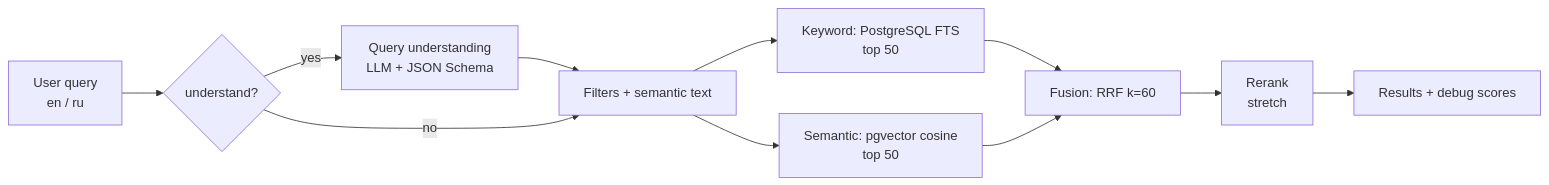
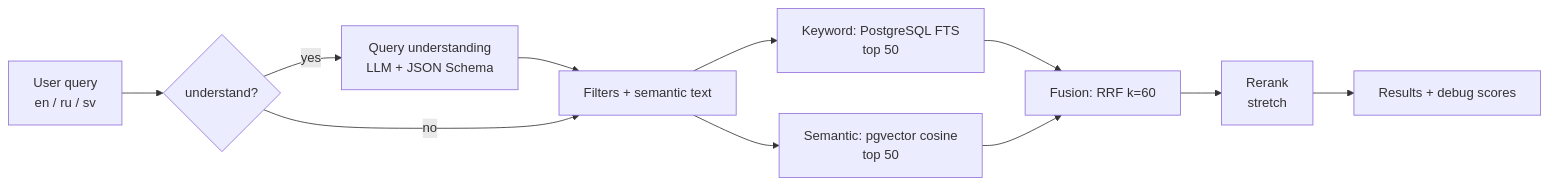
The diagram in docs/spec/05-search.md (gray0072/ai-rag-film-search), drawn with Mermaid before and after one commit. The commit also changed other lines of this file and 67 other files, not shown here.

````diff
--- a/docs/spec/05-search.md
+++ b/docs/spec/05-search.md
@@ -7,13 +7,13 @@
 ```mermaid
 flowchart LR
-    Q[User query<br/>en / ru] --> QU{understand?}
+    Q[User query<br/>en / ru / sv] --> QU{understand?}
     QU -- yes --> LLM[Query understanding<br/>LLM + JSON Schema]
     LLM --> F[Filters + semantic text]
     QU -- no --> F
     F --> KW[Keyword: PostgreSQL FTS<br/>top 50]
     F --> VEC[Semantic: pgvector cosine<br/>top 50]
     KW --> RRF[Fusion: RRF k=60]
     VEC --> RRF
     RRF --> RR[Rerank<br/>stretch]
     RR --> R[Results + debug scores]
 ```
````
